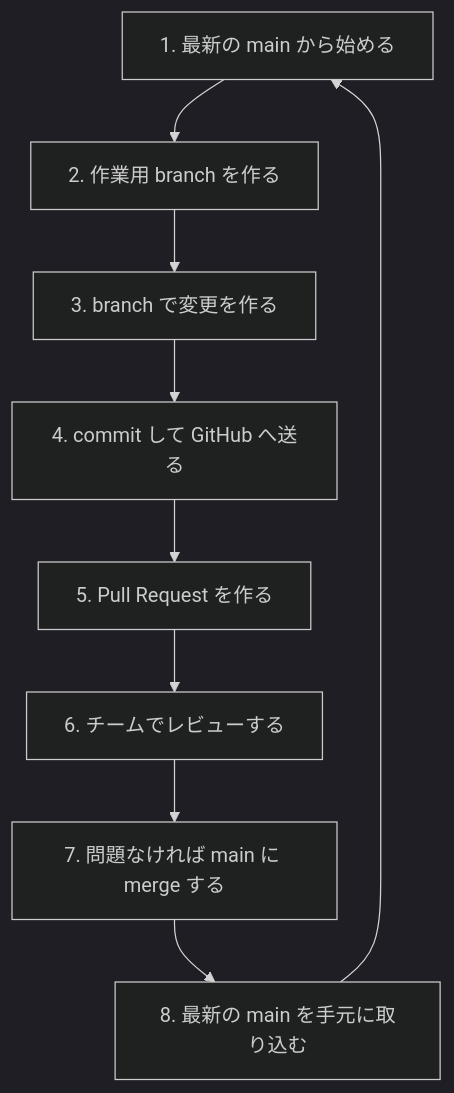
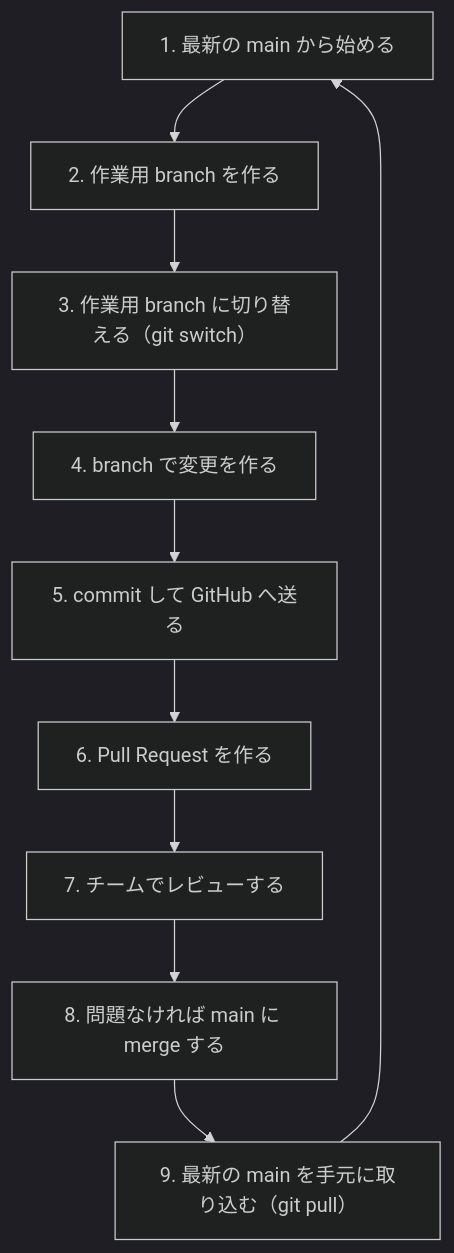
The eighth of 9 diagrams in 08/orientation.md (TORIFUKUKaiou/rails-dojo-year2-content), drawn with Mermaid (dark theme) before and after one commit. The commit also changed other lines of this file, not shown here.

Commit message:
Refine week 08 Git command guidance

````diff
--- a/08/orientation.md
+++ b/08/orientation.md
@@ -270,11 +271,12 @@
 ```mermaid
 flowchart TD
   A["1. 最新の main から始める"] --> B["2. 作業用 branch を作る"]
-  B --> C["3. branch で変更を作る"]
-  C --> D["4. commit して GitHub へ送る"]
-  D --> E["5. Pull Request を作る"]
-  E --> F["6. チームでレビューする"]
-  F --> G["7. 問題なければ main に merge する"]
-  G --> H["8. 最新の main を手元に取り込む"]
-  H --> A
+  B --> C["3. 作業用 branch に切り替える（git switch）"]
+  C --> D["4. branch で変更を作る"]
+  D --> E["5. commit して GitHub へ送る"]
+  E --> F["6. Pull Request を作る"]
+  F --> G["7. チームでレビューする"]
+  G --> H["8. 問題なければ main に merge する"]
+  H --> I["9. 最新の main を手元に取り込む（git pull）"]
+  I --> A
 ```
````
